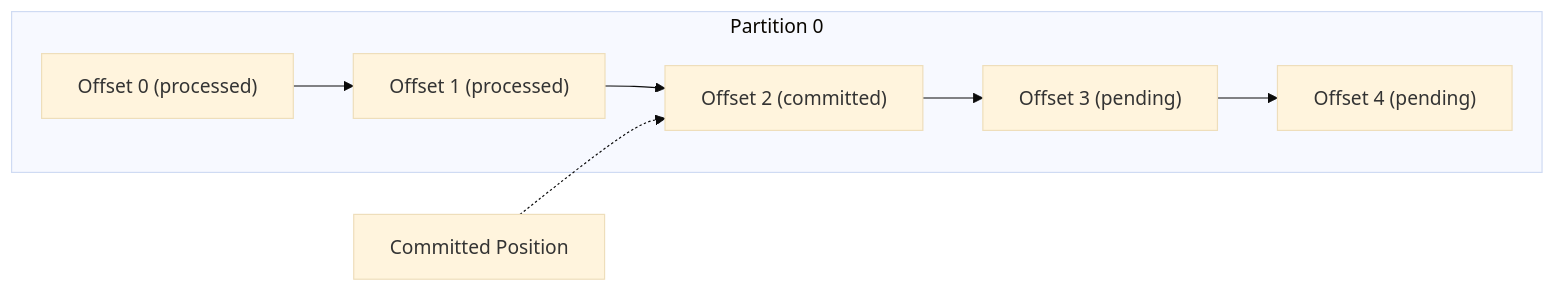
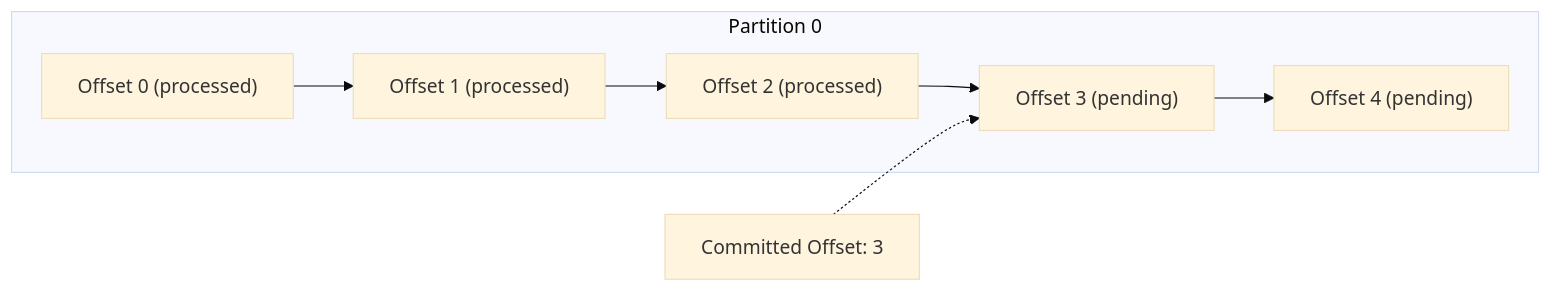
The third of 4 diagrams in posts/2026-02-20-kafka-consumer-group-management/README.md (OneUptime/blog), drawn with Mermaid (base theme) before and after one commit. The commit also changed other lines of this file and 2 other files, not shown here.

````diff
--- a/posts/2026-02-20-kafka-consumer-group-management/README.md
+++ b/posts/2026-02-20-kafka-consumer-group-management/README.md
@@ -60,12 +60,12 @@
 ```mermaid
 graph LR
     subgraph Partition 0
         M0["Offset 0 (processed)"]
         M1["Offset 1 (processed)"]
-        M2["Offset 2 (committed)"]
+        M2["Offset 2 (processed)"]
         M3["Offset 3 (pending)"]
         M4["Offset 4 (pending)"]
     end
     M0 --> M1 --> M2 --> M3 --> M4
-    CP[Committed Position] -.-> M2
+    CP["Committed Offset: 3"] -.-> M3
 ```
````
